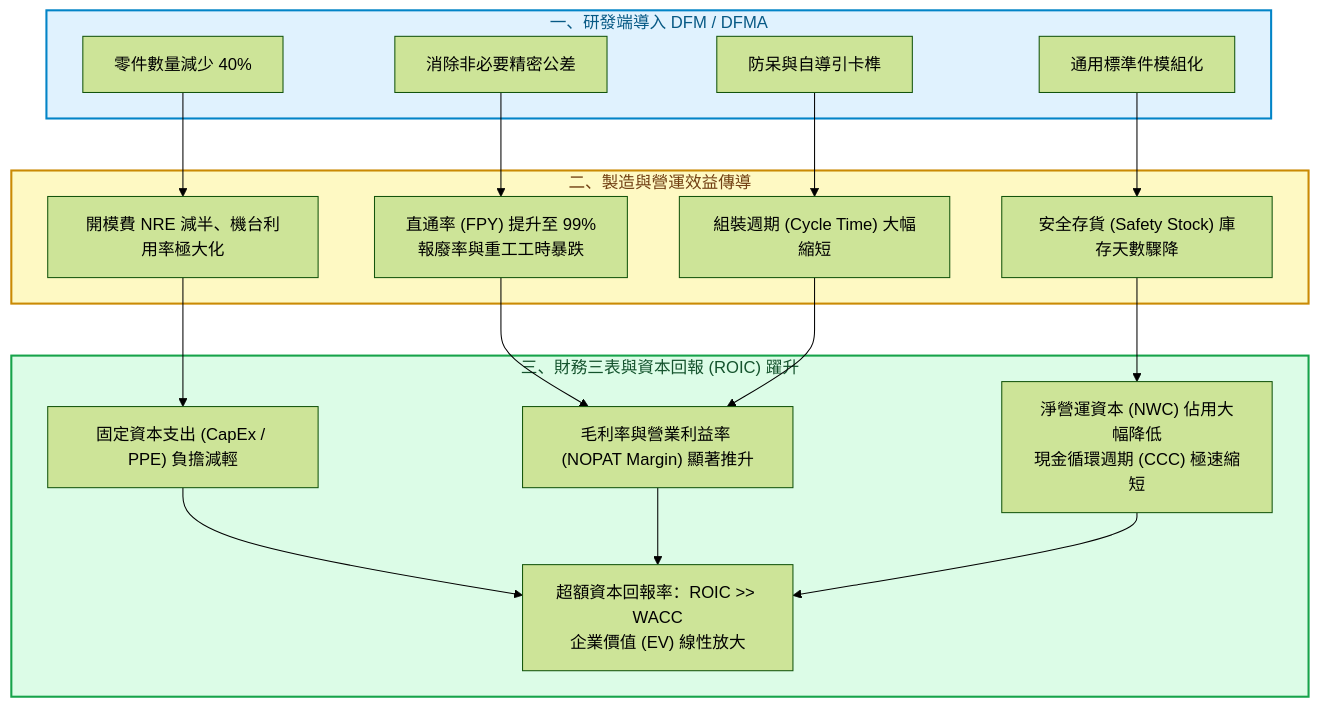
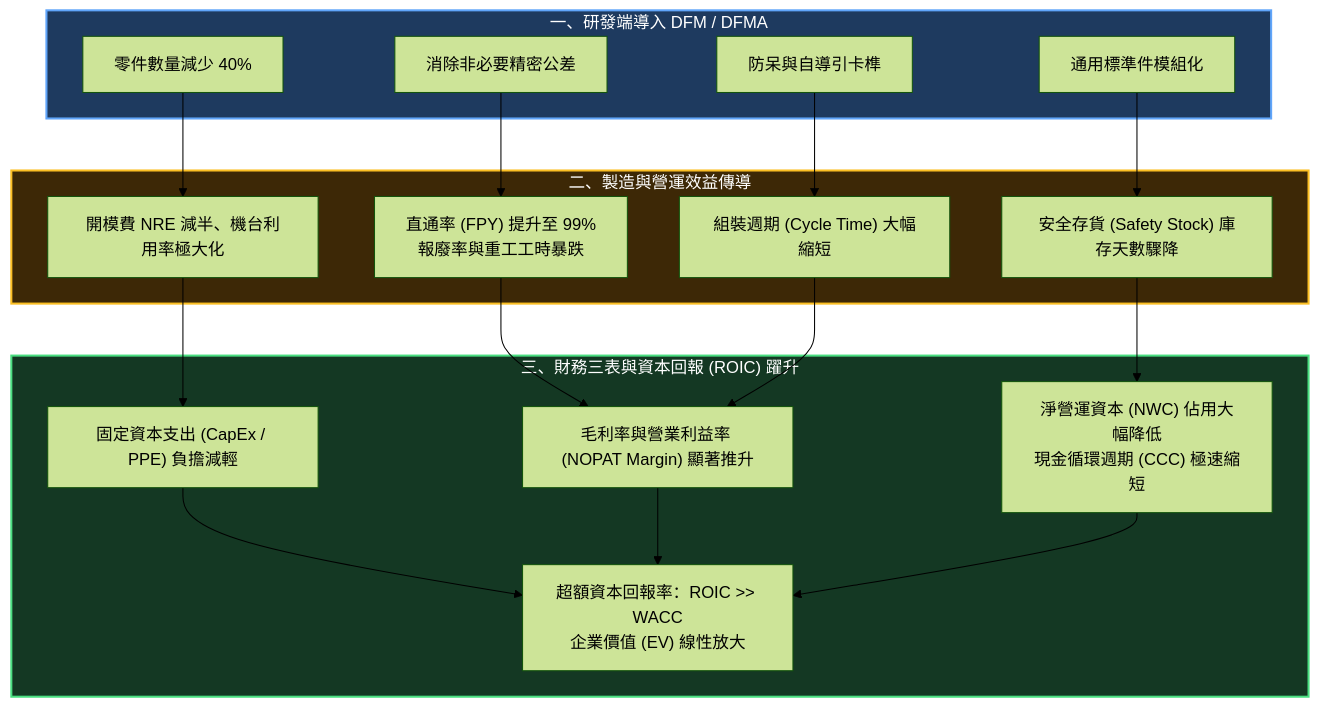
The third of 4 diagrams in src/site/notes/98_商業概念庫/dfm-design-for-manufacturability_可製造性設計.md (Jimlin0428/my-digital-garden), drawn with Mermaid (forest theme) before and after one commit. The commit also changed other lines of this file and 58 other files, not shown here.

````diff
--- a/src/site/notes/98_商業概念庫/dfm-design-for-manufacturability_可製造性設計.md
+++ b/src/site/notes/98_商業概念庫/dfm-design-for-manufacturability_可製造性設計.md
@@ -108,41 +108,41 @@
 ```mermaid
 flowchart TD
     subgraph DFM_Action ["一、研發端導入 DFM / DFMA"]
         A1["零件數量減少 40%"]
         A2["消除非必要精密公差"]
         A3["防呆與自導引卡榫"]
         A4["通用標準件模組化"]
     end
 
     subgraph Manufacturing_Ops ["二、製造與營運效益傳導"]
         M1["開模費 NRE 減半、機台利用率極大化"]
         M2["直通率 (FPY) 提升至 99%<br>報廢率與重工工時暴跌"]
         M3["組裝週期 (Cycle Time) 大幅縮短"]
         M4["安全存貨 (Safety Stock) 庫存天數驟降"]
     end
 
     subgraph Financial_Impact ["三、財務三表與資本回報 (ROIC) 躍升"]
         F1["固定資本支出 (CapEx / PPE) 負擔減輕"]
         F2["毛利率與營業利益率 (NOPAT Margin) 顯著推升"]
         F3["淨營運資本 (NWC) 佔用大幅降低<br>現金循環週期 (CCC) 極速縮短"]
         F4["超額資本回報率：ROIC >> WACC<br>企業價值 (EV) 線性放大"]
     end
 
     A1 --> M1
     A2 --> M2
     A3 --> M3
     A4 --> M4
 
     M1 --> F1
     M2 --> F2
     M3 --> F2
     M4 --> F3
 
     F1 --> F4
     F2 --> F4
     F3 --> F4
 
-    style DFM_Action fill:#e0f2fe,stroke:#0284c7,stroke-width:2px,color:#075985
-    style Manufacturing_Ops fill:#fef9c3,stroke:#ca8a04,stroke-width:2px,color:#713f12
-    style Financial_Impact fill:#dcfce7,stroke:#16a34a,stroke-width:2px,color:#14532d
+    style DFM_Action fill:#1e3a5f,stroke:#60a5fa,stroke-width:2px,color:#ffffff
+    style Manufacturing_Ops fill:#3d2806,stroke:#fbbf24,stroke-width:2px,color:#ffffff
+    style Financial_Impact fill:#143823,stroke:#4ade80,stroke-width:2px,color:#ffffff
 ```
````
